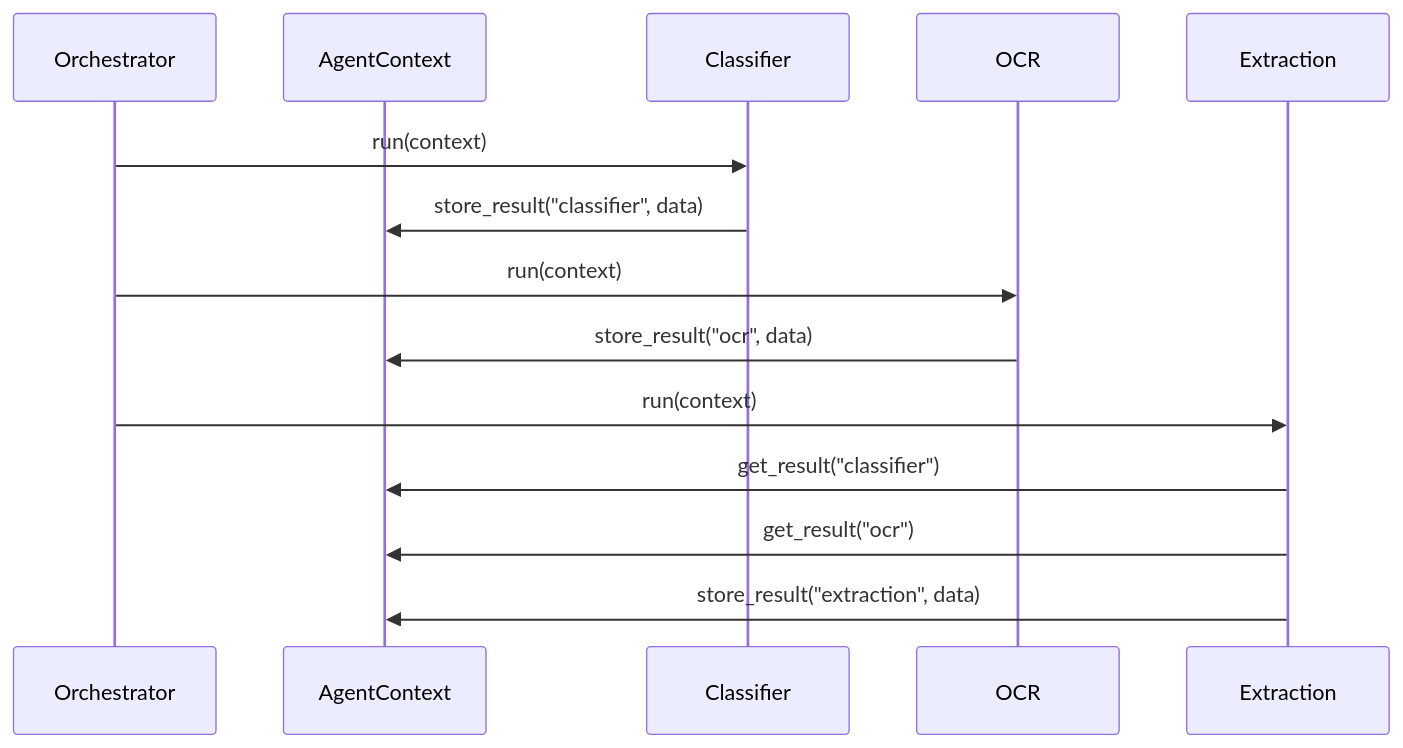
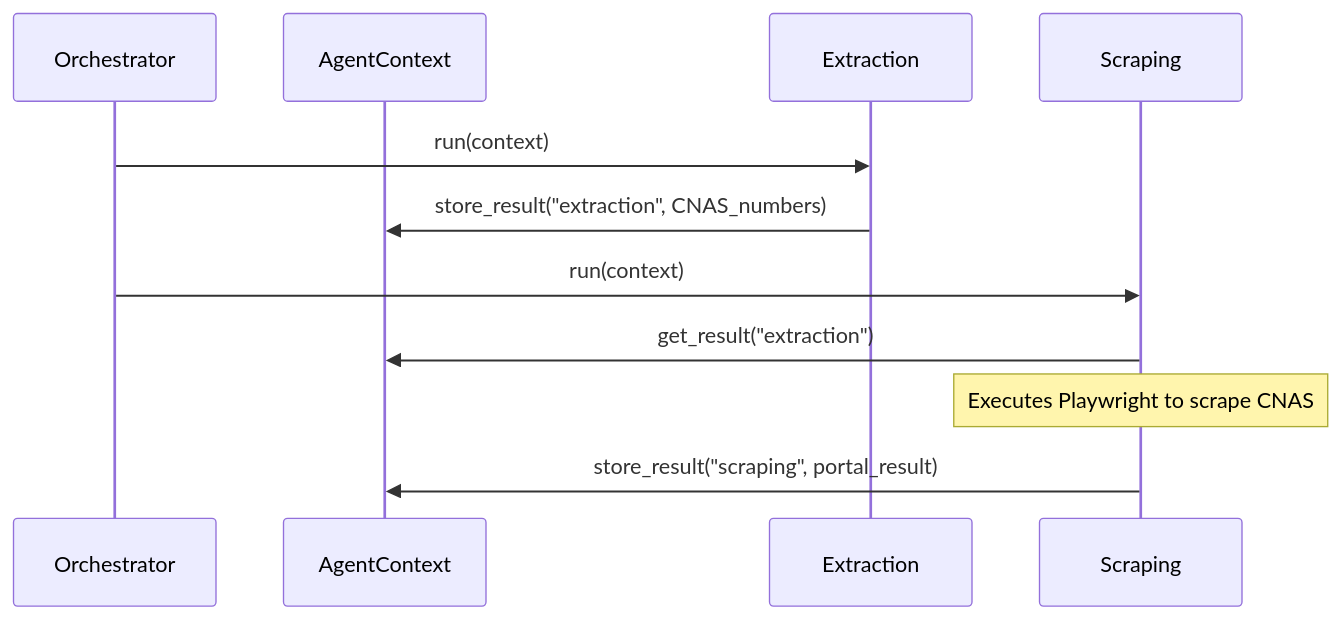
The second of 2 diagrams in README.md (Corsairs-Bejaia/Meayer-AI), drawn with Mermaid before and after one commit. The commit also changed other lines of this file and 15 other files, not shown here.

Commit message:
feat: implement browser pool, rate limiter, and CNAS scraping services with R2 storage integration

````diff
--- a/README.md
+++ b/README.md
@@ -52,17 +56,14 @@
 ```mermaid
 sequenceDiagram
     participant O as Orchestrator
     participant C as AgentContext
-    participant A1 as Classifier
-    participant A2 as OCR
     participant A3 as Extraction
+    participant A7 as Scraping
 
-    O->>A1: run(context)
-    A1->>C: store_result("classifier", data)
-    O->>A2: run(context)
-    A2->>C: store_result("ocr", data)
     O->>A3: run(context)
-    A3->>C: get_result("classifier")
-    A3->>C: get_result("ocr")
-    A3->>C: store_result("extraction", data)
+    A3->>C: store_result("extraction", CNAS_numbers)
+    O->>A7: run(context)
+    A7->>C: get_result("extraction")
+    Note over A7: Executes Playwright to scrape CNAS
+    A7->>C: store_result("scraping", portal_result)
 ```
````
